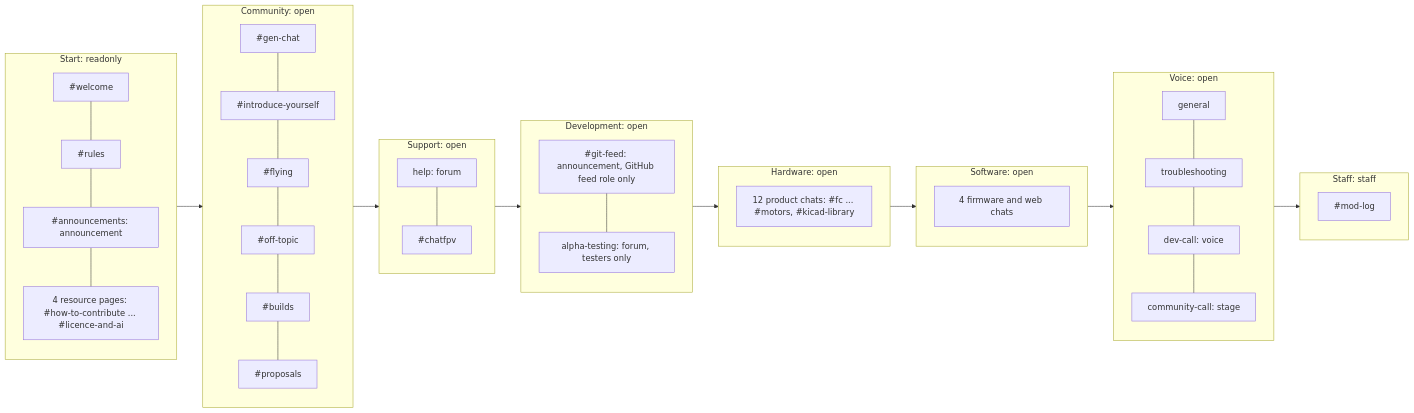
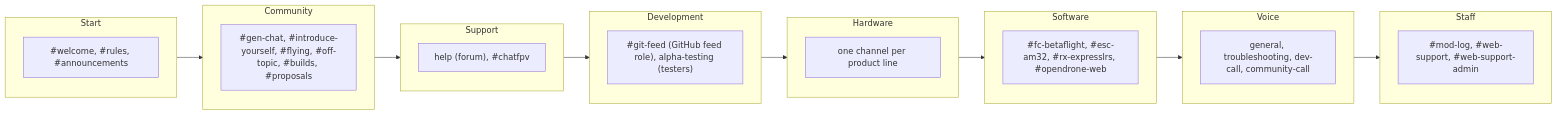
One commit to OpenDrone-hw/discord changed the second of 2 diagrams in README.md. Above: the diagram before and after it, drawn with Mermaid. The commit also changed other lines of this file and 6 other files, not shown here.

````diff
--- a/README.md
+++ b/README.md
@@ -26,36 +36,28 @@
 ```mermaid
 flowchart LR
-  subgraph Start["Start: readonly"]
-    direction TB
-    welcome["#welcome"] --- rules["#rules"] --- ann["#announcements: announcement"] --- res["4 resource pages: #how-to-contribute ... #licence-and-ai"]
+  subgraph Start
+    s1["#welcome, #rules, #announcements"]
   end
-  subgraph Community["Community: open"]
-    direction TB
-    gen["#gen-chat"] --- intro["#introduce-yourself"] --- flying["#flying"] --- off["#off-topic"] --- builds["#builds"] --- props["#proposals"]
+  subgraph Community
+    c1["#gen-chat, #introduce-yourself, #flying, #off-topic, #builds, #proposals"]
   end
-  subgraph Support["Support: open"]
-    direction TB
-    help["help: forum"] --- chatfpv["#chatfpv"]
+  subgraph Support
+    h1["help (forum), #chatfpv"]
   end
-  subgraph Development["Development: open"]
-    direction TB
-    feed["#git-feed: announcement, GitHub feed role only"] --- alpha["alpha-testing: forum, testers only"]
+  subgraph Development
+    d1["#git-feed (GitHub feed role), alpha-testing (testers)"]
   end
-  subgraph Hardware["Hardware: open"]
-    direction TB
-    hw["12 product chats: #fc ... #motors, #kicad-library"]
+  subgraph Hardware
+    hw["one channel per product line"]
   end
-  subgraph Software["Software: open"]
-    direction TB
-    sw["4 firmware and web chats"]
+  subgraph Software
+    sw["#fc-betaflight, #esc-am32, #rx-expresslrs, #opendrone-web"]
   end
-  subgraph Voice["Voice: open"]
-    direction TB
-    gv["general"] --- tv["troubleshooting"] --- dc["dev-call: voice"] --- cc["community-call: stage"]
+  subgraph Voice
+    v1["general, troubleshooting, dev-call, community-call"]
   end
-  subgraph Staff["Staff: staff"]
-    direction TB
-    modlog["#mod-log"]
+  subgraph Staff
+    st["#mod-log, #web-support, #web-support-admin"]
   end
   Start --> Community --> Support --> Development --> Hardware --> Software --> Voice --> Staff
 ```
````
